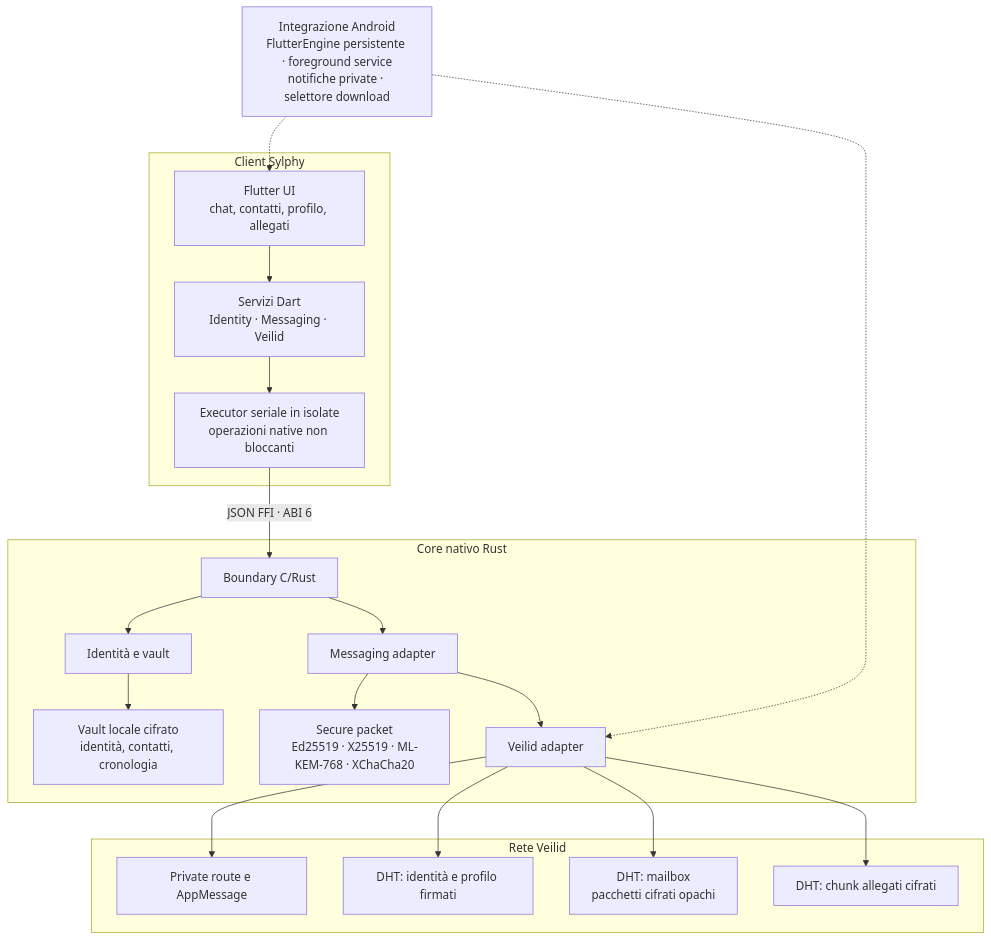
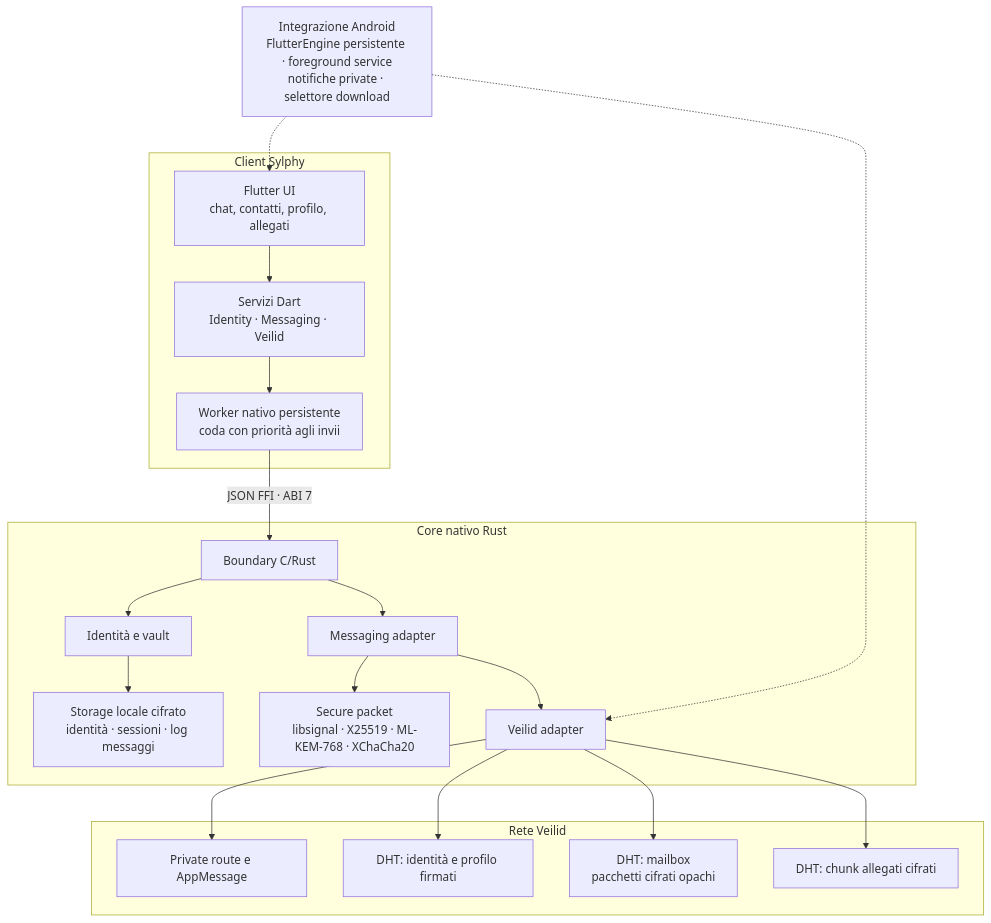
One commit to ImHisako/Sylphy changed the diagram in README.md. Above: the diagram before and after it, drawn with Mermaid. The commit also changed other lines of this file and 30 other files, not shown here.

````diff
--- a/README.md
+++ b/README.md
@@ -85,30 +94,30 @@
 ```mermaid
 flowchart TB
     subgraph Client["Client Sylphy"]
         UI["Flutter UI\nchat, contatti, profilo, allegati"]
         DS["Servizi Dart\nIdentity · Messaging · Veilid"]
-        BG["Executor seriale in isolate\noperazioni native non bloccanti"]
+        BG["Worker nativo persistente\ncoda con priorità agli invii"]
         UI --> DS --> BG
     end
 
-    BG -->|"JSON FFI · ABI 6"| FFI["Boundary C/Rust"]
+    BG -->|"JSON FFI · ABI 7"| FFI["Boundary C/Rust"]
 
     subgraph Core["Core nativo Rust"]
         FFI --> ID["Identità e vault"]
         FFI --> MSG["Messaging adapter"]
-        MSG --> CRYPTO["Secure packet\nEd25519 · X25519 · ML-KEM-768 · XChaCha20"]
+        MSG --> CRYPTO["Secure packet\nlibsignal · X25519 · ML-KEM-768 · XChaCha20"]
         MSG --> VA["Veilid adapter"]
-        ID --> LOCAL["Vault locale cifrato\nidentità, contatti, cronologia"]
+        ID --> LOCAL["Storage locale cifrato\nidentità · sessioni · log messaggi"]
     end
 
     subgraph Network["Rete Veilid"]
         VA --> ROUTE["Private route e AppMessage"]
         VA --> DHTID["DHT: identità e profilo firmati"]
         VA --> MAIL["DHT: mailbox\npacchetti cifrati opachi"]
         VA --> FILES["DHT: chunk allegati cifrati"]
     end
 
     ANDROID["Integrazione Android\nFlutterEngine persistente · foreground service\nnotifiche private · selettore download"]
     ANDROID -.-> UI
     ANDROID -.-> VA
 ```
````
